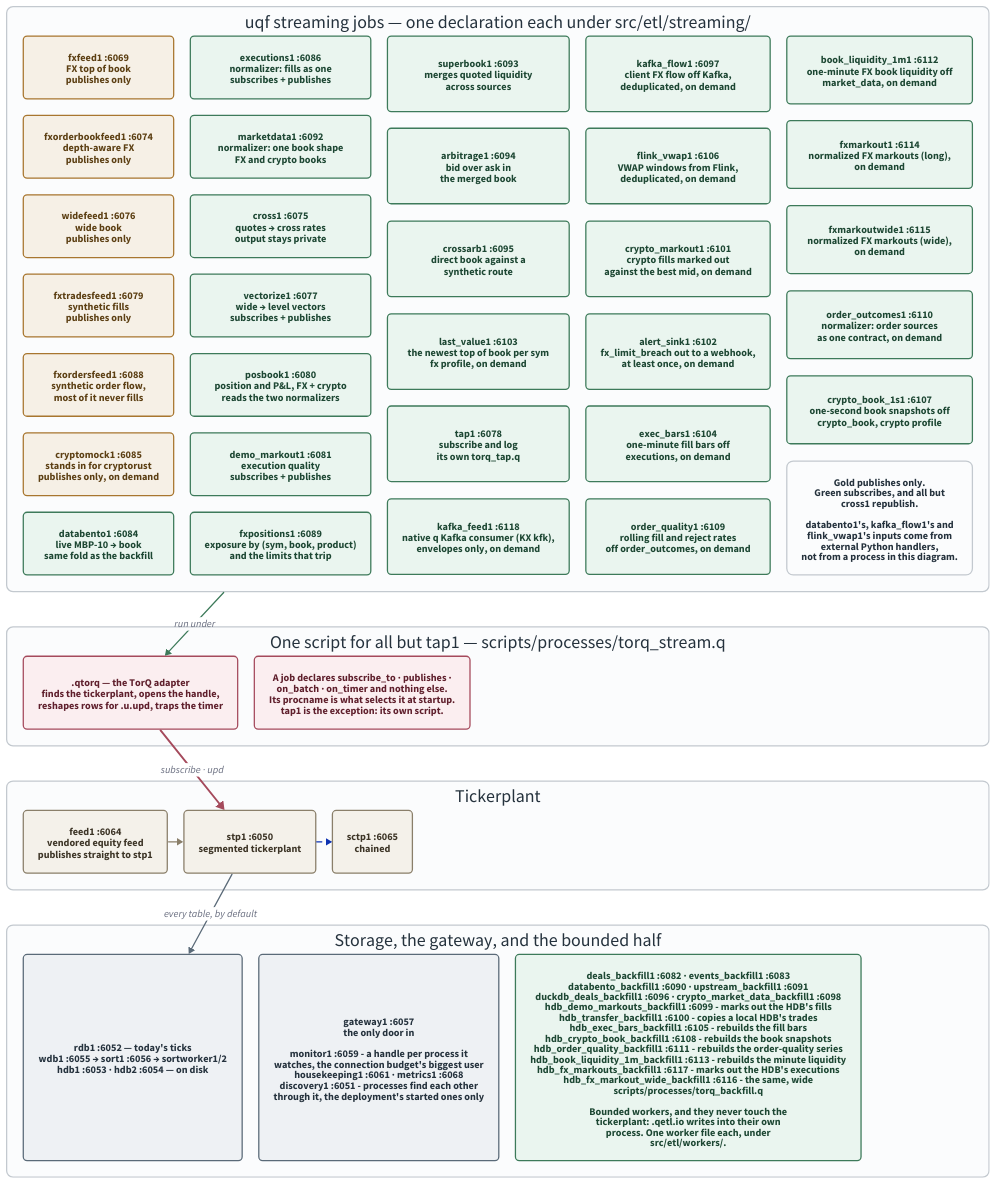
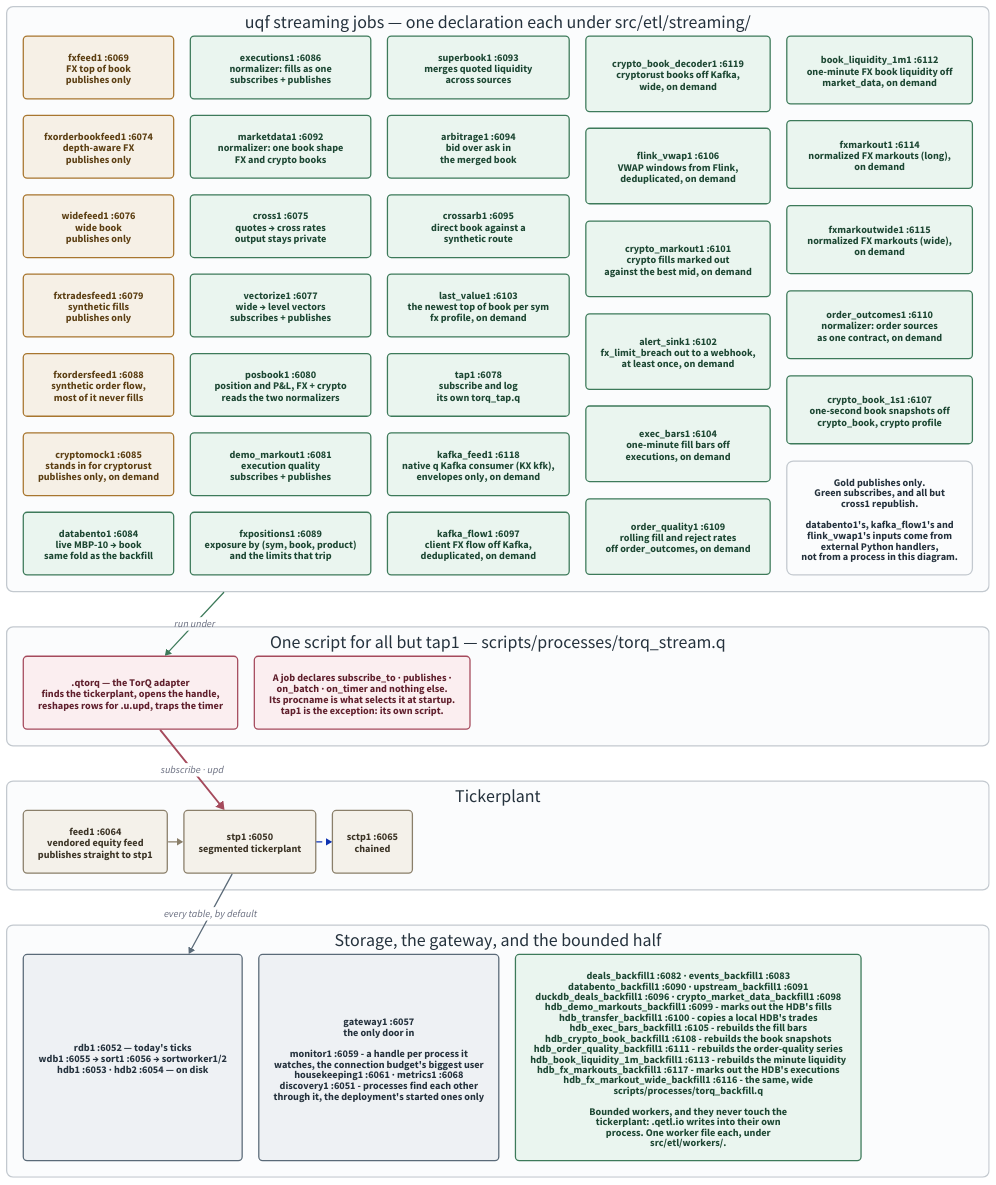
Before and after one commit to kwojdalski/uqf: the diagram in docs/diagrams/stack-topology.d2, drawn with D2. The commit also changed 24 other files, not shown here.

First line of the commit message:
Decode cryptorust's Kafka book snapshots into a wide crypto_book_snapshot table (#1495)

```diff
--- a/docs/diagrams/stack-topology.d2
+++ b/docs/diagrams/stack-topology.d2
@@ -1,180 +1,181 @@
 # stack-topology.d2 - who connects to whom over IPC in the running stack.
 #
 # Rendered by scripts/generate/render_diagrams.py, which CI runs with
 # --check. Embedded from docs/architecture/stack.md.
 #
 # Ports are the defaults at base 6050; every one is {KDBBASEPORT}+offset, so
 # a different base shifts them all together. The authority for the offsets
 # is docs/reference/processes.md, which is GENERATED from the
 # pipeline registry - if this diagram and that table disagree, the table is
 # right.
 # scripts/gates/check_diagram_ports.py fails the build when any `name :port`
 # label here disagrees with that authority (#1369).
 #
 # WHAT THIS SHOWS THAT THE MERMAID VERSION DID NOT (#245).
 #
 # Every uqf streaming process but tap1 runs the SAME script. Since #204 a
 # streaming job is a declaration under src/etl/streaming/ and
 # processes/torq_stream.q is the one runner; which job a process runs is
 # decided by its procname at startup. The old diagram drew a script per
 # process, which is what the stack looked like before .qetl.job.stream and is the
 # single most misleading thing about it.
 #
 # The two connection patterns are still real and still different - publish
 # only, versus an access-listed subscribe - but a job performs neither
 # itself now. .qtorq does both on its behalf, which is why the adapter is
 # drawn between the processes and the tickerplant rather than left out.
 #
 # Backfills are on here too, and were not before. They are the other half
 # of the ETL tree and they reach the tickerplant NOT AT ALL: a bounded
 # worker writes through .qetl.io into its own process, so its rows never
 # traverse stp1. Drawing them beside the streaming jobs is the point - the
 # two halves look alike in the code and take completely different paths to
 # storage.
 
 direction: down
 
 grid-rows: 4
 grid-gap: 55
 
 vars: {
   d2-config: {
     pad: 40
   }
 }
 
 # Same palette as repo-overview.d2, so the set reads as one system: light
 # fills with dark text in both themes rather than a --dark-theme pairing,
 # which d2 still applies explicit styles over (d2lang/d2#831).
 classes: {
   feed: {
     style: {
       fill: "#f6f0e6"
       stroke: "#a8762f"
       font-color: "#5c3f13"
       border-radius: 6
     }
   }
   job: {
     style: {
       fill: "#eaf5ef"
       stroke: "#3d7a5a"
       font-color: "#1d4733"
       border-radius: 6
     }
   }
   adapter: {
     style: {
       fill: "#fbeef0"
       stroke: "#a54a5c"
       font-color: "#5f1f2c"
       border-radius: 6
     }
   }
   store: {
     style: {
       fill: "#eef1f4"
       stroke: "#5a6a78"
       font-color: "#25323d"
       border-radius: 6
     }
   }
   vendored: {
     style: {
       fill: "#f4f1ea"
       stroke: "#8a7f6a"
       font-color: "#3d3527"
       border-radius: 6
     }
   }
   band: {
     style: {
       fill: "#fbfcfd"
       stroke: "#c3c9cf"
       font-color: "#25323d"
       stroke-width: 2
       border-radius: 10
     }
   }
 }
 
 jobs: "uqf streaming jobs — one declaration each under src/etl/streaming/" {
   class: band
   grid-columns: 5
   grid-gap: 26
 
   fxfeed1: "fxfeed1 :6069\nFX top of book\npublishes only" { class: feed }
   fxorderbookfeed1: "fxorderbookfeed1 :6074\ndepth-aware FX\npublishes only" { class: feed }
   widefeed1: "widefeed1 :6076\nwide book\npublishes only" { class: feed }
   fxtradesfeed1: "fxtradesfeed1 :6079\nsynthetic fills\npublishes only" { class: feed }
   fxordersfeed1: "fxordersfeed1 :6088\nsynthetic order flow,\nmost of it never fills" { class: feed }
 
   cryptomock1: "cryptomock1 :6085\nstands in for cryptorust\npublishes only, on demand" { class: feed }
   databento1: "databento1 :6084\nlive MBP-10 → book\nsame fold as the backfill" { class: job }
   executions1: "executions1 :6086\nnormalizer: fills as one\nsubscribes + publishes" { class: job }
   marketdata1: "marketdata1 :6092\nnormalizer: one book shape\nFX and crypto books" { class: job }
 
   cross1: "cross1 :6075\nquotes → cross rates\noutput stays private" { class: job }
   vectorize1: "vectorize1 :6077\nwide → level vectors\nsubscribes + publishes" { class: job }
   posbook1: "posbook1 :6080\nposition and P&L, FX + crypto\nreads the two normalizers" { class: job }
   demo_markout1: "demo_markout1 :6081\nexecution quality\nsubscribes + publishes" { class: job }
   fxpositions1: "fxpositions1 :6089\nexposure by (sym, book, product)\nand the limits that trip" { class: job }
 
   superbook1: "superbook1 :6093\nmerges quoted liquidity\nacross sources" { class: job }
   arbitrage1: "arbitrage1 :6094\nbid over ask in\nthe merged book" { class: job }
   crossarb1: "crossarb1 :6095\ndirect book against a\nsynthetic route" { class: job }
   last_value1: "last_value1 :6103\nthe newest top of book per sym\nfx profile, on demand" { class: job }
   tap1: "tap1 :6078\nsubscribe and log\nits own torq_tap.q" { class: job }
   kafka_feed1: "kafka_feed1 :6118\nnative q Kafka consumer (KX kfk),\nenvelopes only, on demand" { class: job }
   kafka_flow1: "kafka_flow1 :6097\nclient FX flow off Kafka,\ndeduplicated, on demand" { class: job }
+  crypto_book_decoder1: "crypto_book_decoder1 :6119\ncryptorust books off Kafka,\nwide, on demand" { class: job }
   flink_vwap1: "flink_vwap1 :6106\nVWAP windows from Flink,\ndeduplicated, on demand" { class: job }
   crypto_markout1: "crypto_markout1 :6101\ncrypto fills marked out\nagainst the best mid, on demand" { class: job }
   alert_sink1: "alert_sink1 :6102\nfx_limit_breach out to a webhook,\nat least once, on demand" { class: job }
   exec_bars1: "exec_bars1 :6104\none-minute fill bars off\nexecutions, on demand" { class: job }
   order_quality1: "order_quality1 :6109\nrolling fill and reject rates\noff order_outcomes, on demand" { class: job }
   book_liquidity_1m1: "book_liquidity_1m1 :6112\none-minute FX book liquidity off\nmarket_data, on demand" { class: job }
   fxmarkout1: "fxmarkout1 :6114\nnormalized FX markouts (long),\non demand" { class: job }
   fxmarkoutwide1: "fxmarkoutwide1 :6115\nnormalized FX markouts (wide),\non demand" { class: job }
   order_outcomes1: "order_outcomes1 :6110\nnormalizer: order sources\nas one contract, on demand" { class: job }
   crypto_book_1s1: "crypto_book_1s1 :6107\none-second book snapshots off\ncrypto_book, crypto profile" { class: job }
   legend: "Gold publishes only.\nGreen subscribes, and all but\ncross1 republish.\n\ndatabento1's, kafka_flow1's and\nflink_vwap1's inputs come from\nexternal Python handlers,\nnot from a process in this diagram." { class: band }
 }
 
 runner: "One script for all but tap1 — scripts/processes/torq_stream.q" {
   class: band
   grid-columns: 2
   grid-gap: 26
 
   qtorq: ".qtorq — the TorQ adapter\nfinds the tickerplant, opens the handle,\nreshapes rows for .u.upd, traps the timer" { class: adapter }
   note: "A job declares subscribe_to · publishes ·\non_batch · on_timer and nothing else.\nIts procname is what selects it at startup.\ntap1 is the exception: its own script." { class: adapter }
 }
 
 tp: "Tickerplant" {
   class: band
   grid-columns: 3
   grid-gap: 26
 
   feed1: "feed1 :6064\nvendored equity feed\npublishes straight to stp1" { class: vendored }
   stp: "stp1 :6050\nsegmented tickerplant" { class: vendored }
   sctp: "sctp1 :6065\nchained" { class: vendored }
 
   feed1 -> stp { style.stroke: "#8a7f6a" }
   stp -> sctp { style.stroke-dash: 4 }
 }
 
 downstream: "Storage, the gateway, and the bounded half" {
   class: band
   grid-columns: 3
   grid-gap: 26
 
   storage: "rdb1 :6052 — today's ticks\nwdb1 :6055 → sort1 :6056 → sortworker1/2\nhdb1 :6053 · hdb2 :6054 — on disk" { class: store }
   gw: "gateway1 :6057\nthe only door in\n\nmonitor1 :6059 - a handle per process it\nwatches, the connection budget's biggest user\nhousekeeping1 :6061 · metrics1 :6068\ndiscovery1 :6051 - processes find each other\nthrough it, the deployment's started ones only" { class: store }
   backfills: "deals_backfill1 :6082 · events_backfill1 :6083\ndatabento_backfill1 :6090 · upstream_backfill1 :6091\nduckdb_deals_backfill1 :6096 · crypto_market_data_backfill1 :6098\nhdb_demo_markouts_backfill1 :6099 - marks out the HDB's fills\nhdb_transfer_backfill1 :6100 - copies a local HDB's trades\nhdb_exec_bars_backfill1 :6105 - rebuilds the fill bars\nhdb_crypto_book_backfill1 :6108 - rebuilds the book snapshots\nhdb_order_quality_backfill1 :6111 - rebuilds the order-quality series\nhdb_book_liquidity_1m_backfill1 :6113 - rebuilds the minute liquidity\nhdb_fx_markouts_backfill1 :6117 - marks out the HDB's executions\nhdb_fx_markout_wide_backfill1 :6116 - the same, wide\nscripts/processes/torq_backfill.q\n\nBounded workers, and they never touch the\ntickerplant: .qetl.io writes into their own\nprocess. One worker file each, under\nsrc/etl/workers/." { class: job }
 }
 
 jobs -> runner.qtorq: "run under" { style.stroke: "#3d7a5a" }
 runner.qtorq -> tp.stp: "subscribe · upd" {
   style.stroke: "#a54a5c"
   style.stroke-width: 3
 }
 tp.stp -> downstream.storage: "every table, by default" { style.stroke: "#5a6a78" }
```
